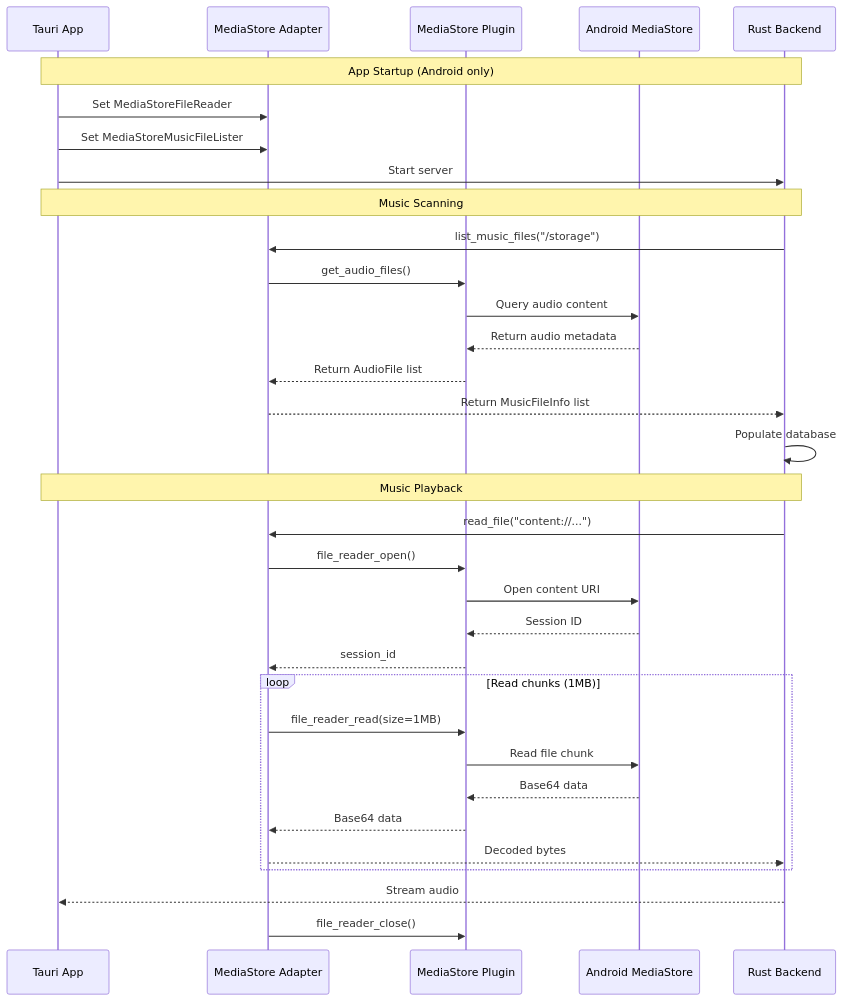
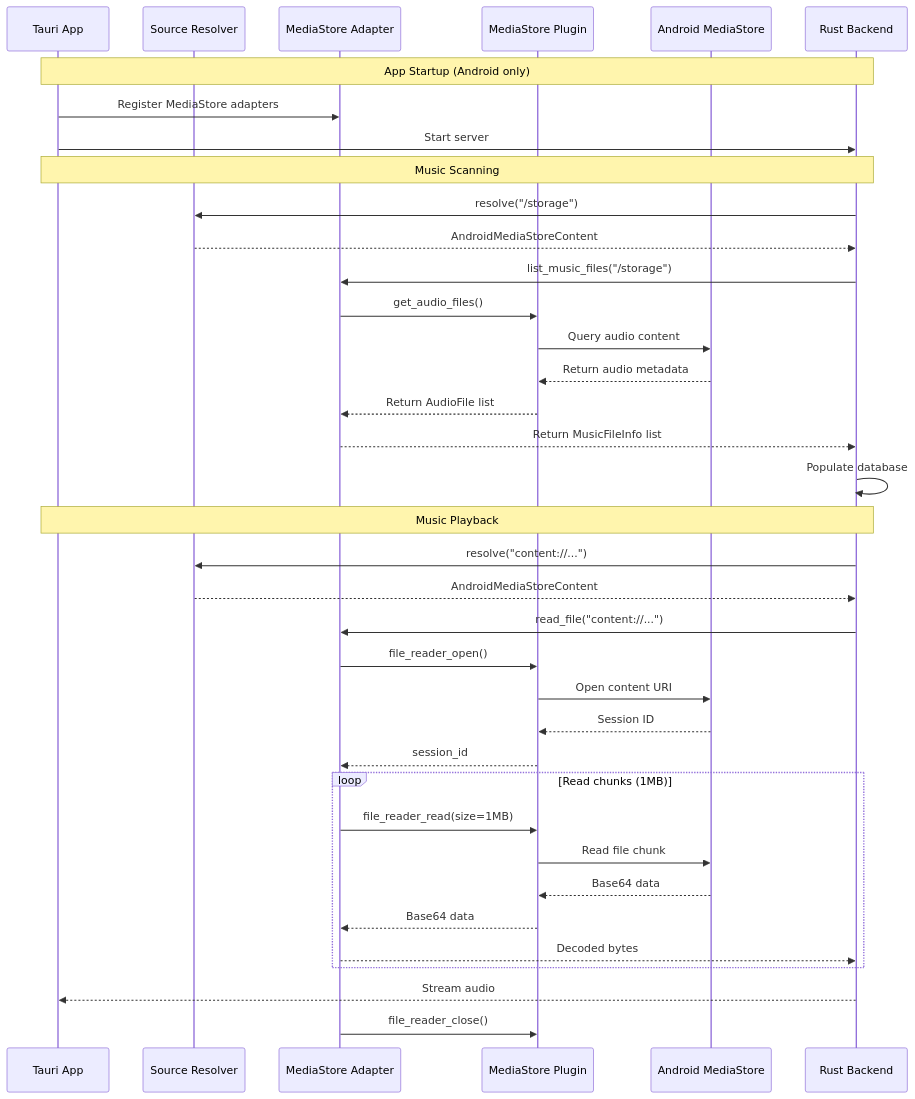
Before and after one commit to Afeather2017/Kaulan: the diagram in docs/android/mediastore-integration.md, drawn with Mermaid. The commit also changed other lines of this file and 10 other files, not shown here.

First line of the commit message:
Refactor backend file access around source resolution

````diff
--- a/docs/android/mediastore-integration.md
+++ b/docs/android/mediastore-integration.md
@@ -28,38 +28,42 @@
 ```mermaid
 sequenceDiagram
     participant App as Tauri App
+    participant Resolver as Source Resolver
     participant Adapter as MediaStore Adapter
     participant Plugin as MediaStore Plugin
     participant MediaStore as Android MediaStore
     participant Backend as Rust Backend
 
     Note over App,Backend: App Startup (Android only)
-    App->>Adapter: Set MediaStoreFileReader
-    App->>Adapter: Set MediaStoreMusicFileLister
+    App->>Adapter: Register MediaStore adapters
     App->>Backend: Start server
 
     Note over App,Backend: Music Scanning
+    Backend->>Resolver: resolve("/storage")
+    Resolver-->>Backend: AndroidMediaStoreContent
     Backend->>Adapter: list_music_files("/storage")
     Adapter->>Plugin: get_audio_files()
     Plugin->>MediaStore: Query audio content
     MediaStore-->>Plugin: Return audio metadata
     Plugin-->>Adapter: Return AudioFile list
     Adapter-->>Backend: Return MusicFileInfo list
     Backend->>Backend: Populate database
 
     Note over App,Backend: Music Playback
+    Backend->>Resolver: resolve("content://...")
+    Resolver-->>Backend: AndroidMediaStoreContent
     Backend->>Adapter: read_file("content://...")
     Adapter->>Plugin: file_reader_open()
     Plugin->>MediaStore: Open content URI
     MediaStore-->>Plugin: Session ID
     Plugin-->>Adapter: session_id
     loop Read chunks (1MB)
         Adapter->>Plugin: file_reader_read(size=1MB)
         Plugin->>MediaStore: Read file chunk
         MediaStore-->>Plugin: Base64 data
         Plugin-->>Adapter: Base64 data
         Adapter-->>Backend: Decoded bytes
     end
     Backend-->>App: Stream audio
     Adapter->>Plugin: file_reader_close()
 ```
````
